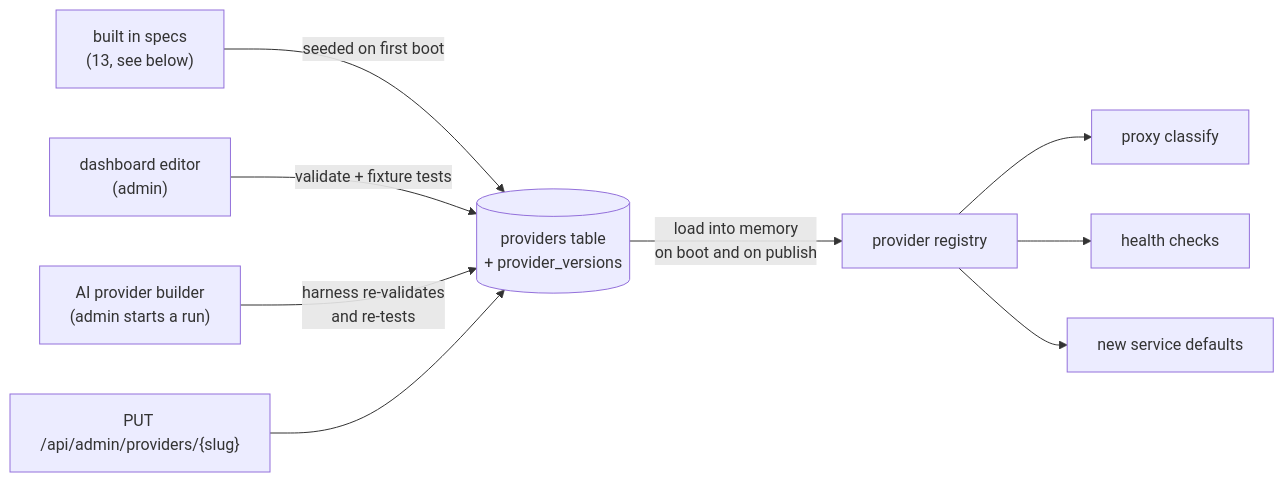
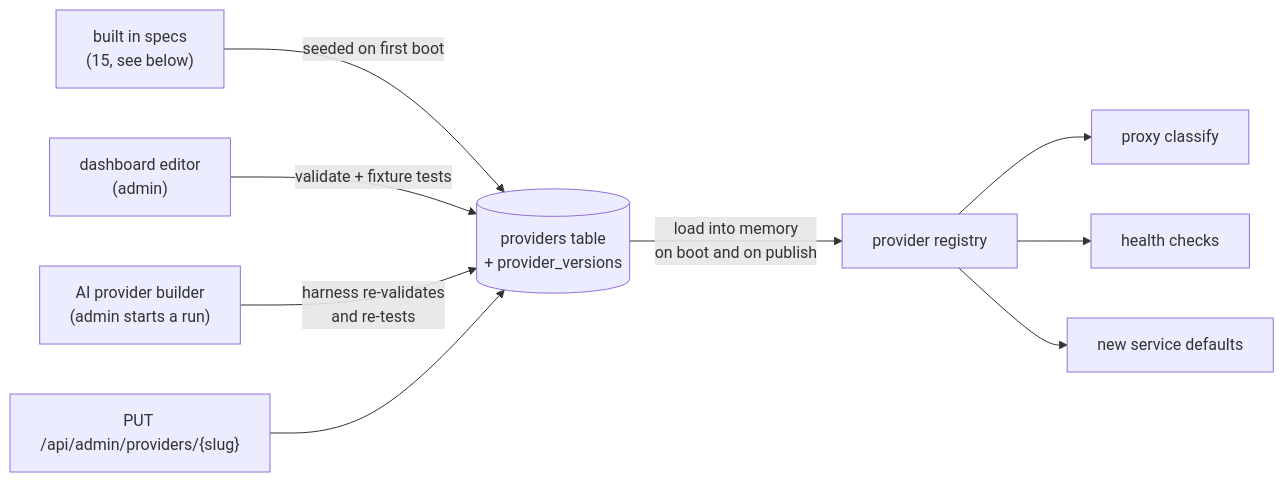
Before and after one commit to sidharthpunathil/acnologia: the diagram in server/internal/docsmd/files/providers.md, drawn with Mermaid. The commit also changed other lines of this file and 117 other files, not shown here.

````diff
--- a/server/internal/docsmd/files/providers.md
+++ b/server/internal/docsmd/files/providers.md
@@ -13,11 +13,11 @@
 ```mermaid
 flowchart LR
-    Built["built in specs<br/>(13, see below)"] -->|seeded on first boot| Store[("providers table<br/>+ provider_versions")]
+    Built["built in specs<br/>(15, see below)"] -->|seeded on first boot| Store[("providers table<br/>+ provider_versions")]
     Editor["dashboard editor<br/>(admin)"] -->|validate + fixture tests| Store
     AI["AI provider builder<br/>(admin starts a run)"] -->|"harness re-validates<br/>and re-tests"| Store
     API["PUT /api/admin/providers/{slug}"] --> Store
     Store -->|"load into memory<br/>on boot and on publish"| Reg["provider registry"]
     Reg --> Proxy["proxy classify"]
     Reg --> Health["health checks"]
     Reg --> Svc["new service defaults"]
 ```
````
